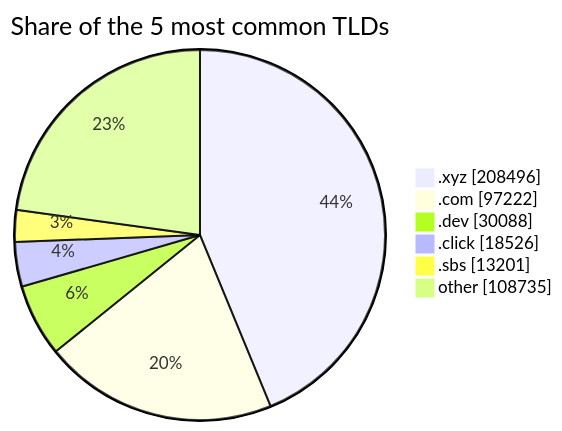
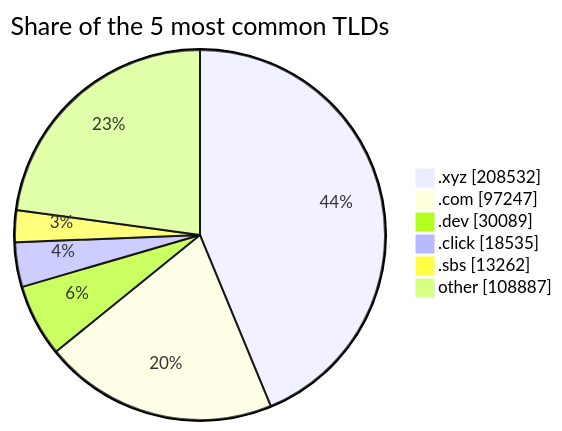
The third of 3 diagrams in README.md (DNSBunker/CTI), drawn with Mermaid before and after one commit. The commit also changed other lines of this file and 3 other files, not shown here.

````diff
--- a/README.md
+++ b/README.md
@@ -81,9 +81,9 @@
 ```mermaid
 pie showData title Share of the 5 most common TLDs
-    ".xyz" : 208496
-    ".com" : 97222
-    ".dev" : 30088
-    ".click" : 18526
-    ".sbs" : 13201
-    "other" : 108735
+    ".xyz" : 208532
+    ".com" : 97247
+    ".dev" : 30089
+    ".click" : 18535
+    ".sbs" : 13262
+    "other" : 108887
 ```
````
